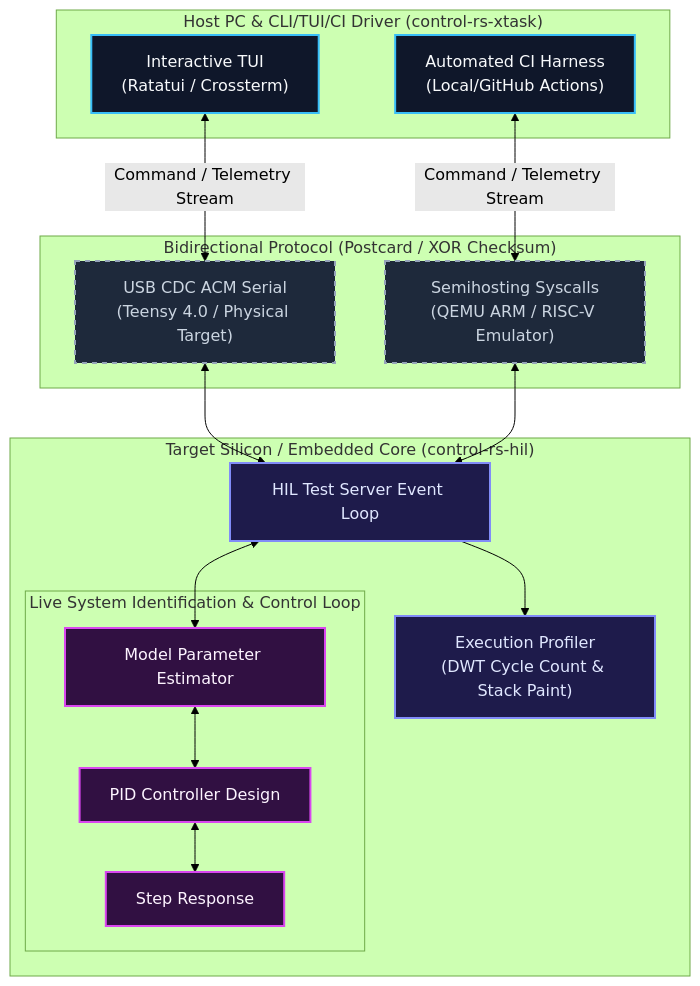
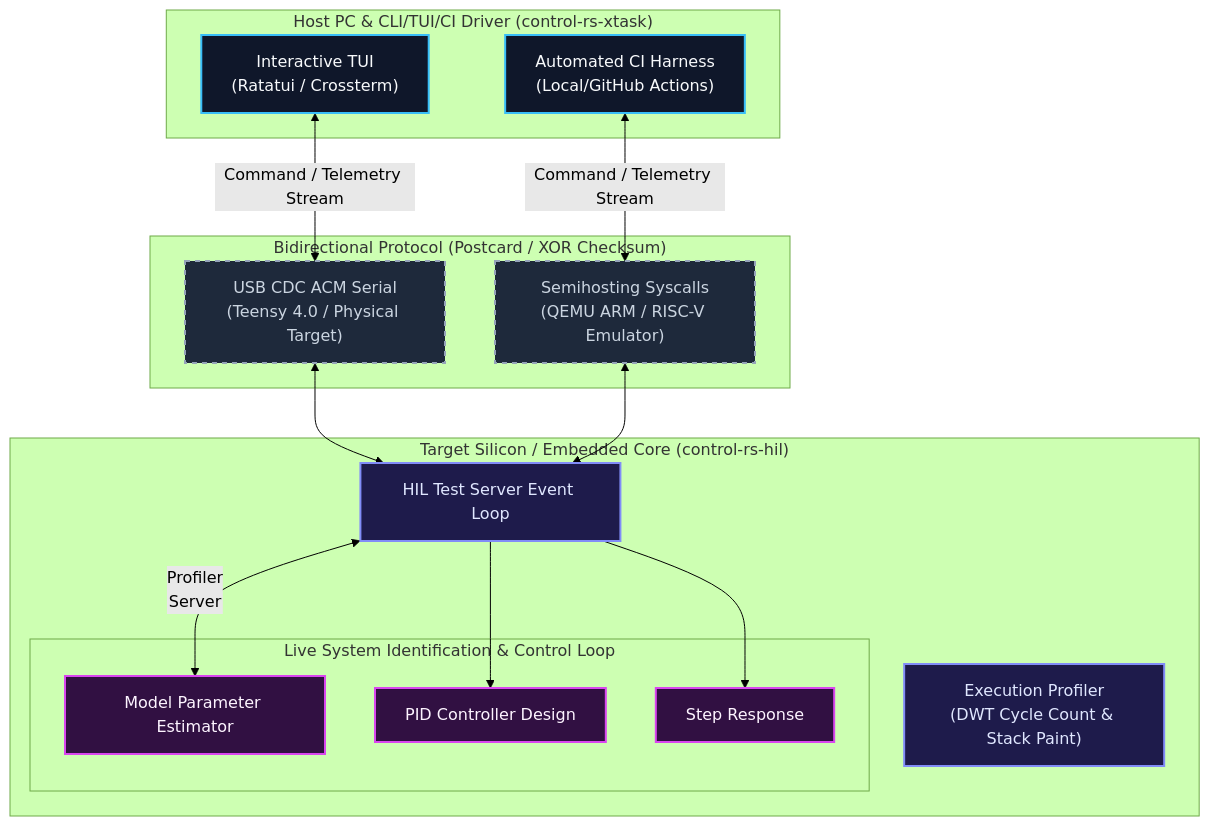
One commit to Dyse-Industries/control-rs changed the diagram in README.md. Above: the diagram before and after it, drawn with Mermaid (forest theme).

Commit message:
readme update

````diff
--- a/README.md
+++ b/README.md
@@ -16,39 +16,39 @@
 ```mermaid
 graph TD
     %% Define Styles
     classDef host fill:#0f172a,stroke:#38bdf8,stroke-width:2px,color:#f8fafc;
     classDef link fill:#1e293b,stroke:#94a3b8,stroke-width:2px,stroke-dasharray: 5 5,color:#cbd5e1;
     classDef target fill:#1e1b4b,stroke:#818cf8,stroke-width:2px,color:#e0e7ff;
     classDef loop fill:#311042,stroke:#d946ef,stroke-width:2px,color:#fdf4ff;
 
     subgraph Host["Host PC & CLI/TUI/CI Driver (control-rs-xtask)"]
         TUI["Interactive TUI<br>(Ratatui / Crossterm)"]:::host
         CI["Automated CI Harness<br>(Local/GitHub Actions)"]:::host
     end
 
     subgraph Link["Bidirectional Protocol (Postcard / XOR Checksum)"]
         USB["USB CDC ACM Serial<br>(Teensy 4.0 / Physical Target)"]:::link
         SH["Semihosting Syscalls<br>(QEMU ARM / RISC-V Emulator)"]:::link
     end
 
     subgraph Target["Target Silicon / Embedded Core (control-rs-hil)"]
         Server["HIL Test Server Event Loop"]:::target
         Profiler["Execution Profiler<br>(DWT Cycle Count & Stack Paint)"]:::target
         
         subgraph SysIdLoop["Live System Identification & Control Loop"]
             Estimator["Model Parameter Estimator"]:::loop
             Controller["PID Controller Design"]:::loop
             Plant["Step Response"]:::loop
         end
     end
 
     %% Flow Arrows
     TUI <-->|"Command / Telemetry Stream"| USB
     CI <-->|"Command / Telemetry Stream"| SH
     USB <--> Server
     SH <--> Server
-    Server --> Profiler
-    Server <--> Estimator
-    Estimator <--> Controller
-    Controller <--> Plant
+    Server <-- Profiler
+    Server --> Estimator
+    Server --> Controller
+    Server --> Plant
 ```
````
